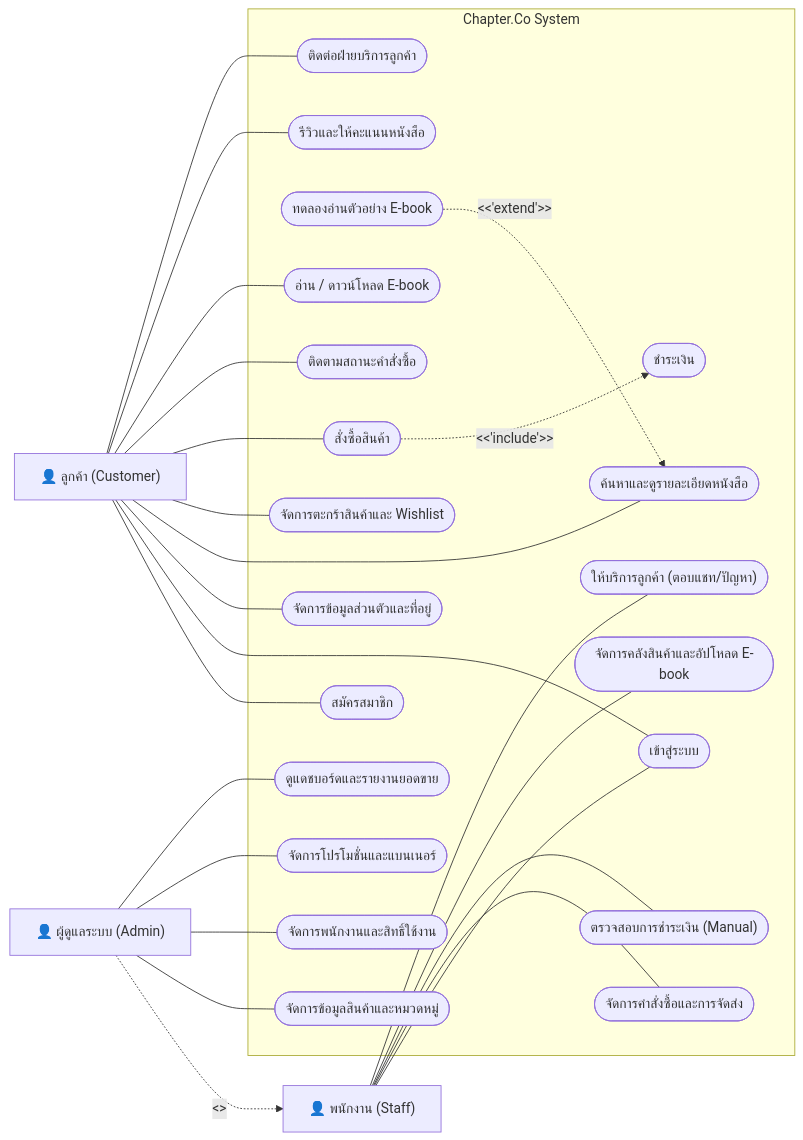
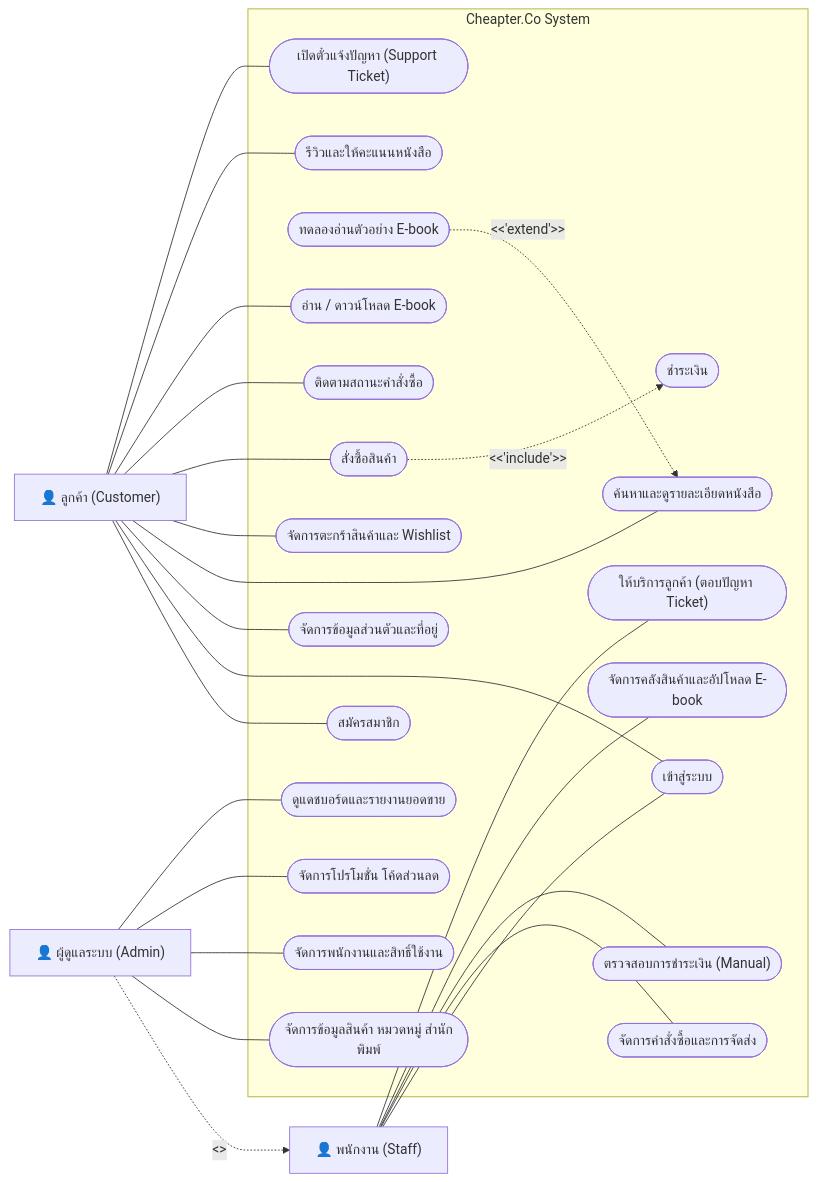
Before and after one commit to EzLeoPop-Dev/Chapter.Co: the first of 3 diagrams in README.md, drawn with Mermaid.

````diff
--- a/README.md
+++ b/README.md
@@ -636,70 +636,70 @@
 ```mermaid
 flowchart LR
     %% จัดกลุ่ม Actors ให้อยู่ด้านซ้ายในระนาบเดียวกัน
     Cust["👤 ลูกค้า (Customer)"]
     Staff["👤 พนักงาน (Staff)"]
     Admin["👤 ผู้ดูแลระบบ (Admin)"]
     
     %% ความสัมพันธ์สืบทอดสิทธิ์ (Admin ทำหน้าที่แทน Staff ได้)
     Admin -. "<<inherits>>" .-> Staff
     
-    subgraph "Chapter.Co System"
+    subgraph "Cheapter.Co System"
         
         %% แยก Use Case เพื่อจัดการสิทธิ์ตามที่คุณต้องการ
         UC_Register(["สมัครสมาชิก"])
         UC_Login(["เข้าสู่ระบบ"])
         
         %% Customer Use Cases
         UC_Profile(["จัดการข้อมูลส่วนตัวและที่อยู่"])
         UC_Search(["ค้นหาและดูรายละเอียดหนังสือ"])
         UC_Preview(["ทดลองอ่านตัวอย่าง E-book"])
         UC_Cart(["จัดการตะกร้าสินค้าและ Wishlist"])
         UC_Order(["สั่งซื้อสินค้า"])
         UC_Pay(["ชำระเงิน"])
         UC_Track(["ติดตามสถานะคำสั่งซื้อ"])
         UC_Read(["อ่าน / ดาวน์โหลด E-book"])
         UC_Review(["รีวิวและให้คะแนนหนังสือ"])
-        UC_Support(["ติดต่อฝ่ายบริการลูกค้า"])
+        UC_Support(["เปิดตั๋วแจ้งปัญหา (Support Ticket)"])
         
         %% Staff Use Cases
         UC_Staff_Order(["จัดการคำสั่งซื้อและการจัดส่ง"])
         UC_Staff_Pay(["ตรวจสอบการชำระเงิน (Manual)"])
         UC_Staff_Inv(["จัดการคลังสินค้าและอัปโหลด E-book"])
-        UC_Staff_Support(["ให้บริการลูกค้า (ตอบแชท/ปัญหา)"])
+        UC_Staff_Support(["ให้บริการลูกค้า (ตอบปัญหา Ticket)"])
         
         %% Admin Use Cases
-        UC_Admin_Prod(["จัดการข้อมูลสินค้าและหมวดหมู่"])
+        UC_Admin_Prod(["จัดการข้อมูลสินค้า หมวดหมู่ สำนักพิมพ์"])
         UC_Admin_Users(["จัดการพนักงานและสิทธิ์ใช้งาน"])
-        UC_Admin_Promo(["จัดการโปรโมชั่นและแบนเนอร์"])
+        UC_Admin_Promo(["จัดการโปรโมชั่น โค้ดส่วนลด"])
         UC_Admin_Report(["ดูแดชบอร์ดและรายงานยอดขาย"])
     end
 
-    %% เส้นความสัมพันธ์ของ Customer (ทำได้ทั้งคู่)
+    %% เส้นความสัมพันธ์ของ Customer
     Cust --- UC_Register
     Cust --- UC_Login
     
     Cust --- UC_Profile
     Cust --- UC_Search
     UC_Preview -. "<<'extend'>>" .-> UC_Search
     Cust --- UC_Cart
     Cust --- UC_Order
     UC_Order -. "<<'include'>>" .-> UC_Pay
     Cust --- UC_Track
     Cust --- UC_Read
     Cust --- UC_Review
     Cust --- UC_Support
 
     %% เส้นความสัมพันธ์ของ Staff (ล็อกอินได้อย่างเดียว ไม่ต้องสมัคร)
     Staff --- UC_Login
     
     Staff --- UC_Staff_Order
     Staff --- UC_Staff_Pay
     Staff --- UC_Staff_Inv
     Staff --- UC_Staff_Support
 
     %% เส้นความสัมพันธ์ของ Admin
     Admin --- UC_Admin_Prod
     Admin --- UC_Admin_Users
     Admin --- UC_Admin_Promo
     Admin --- UC_Admin_Report
 ```
````
